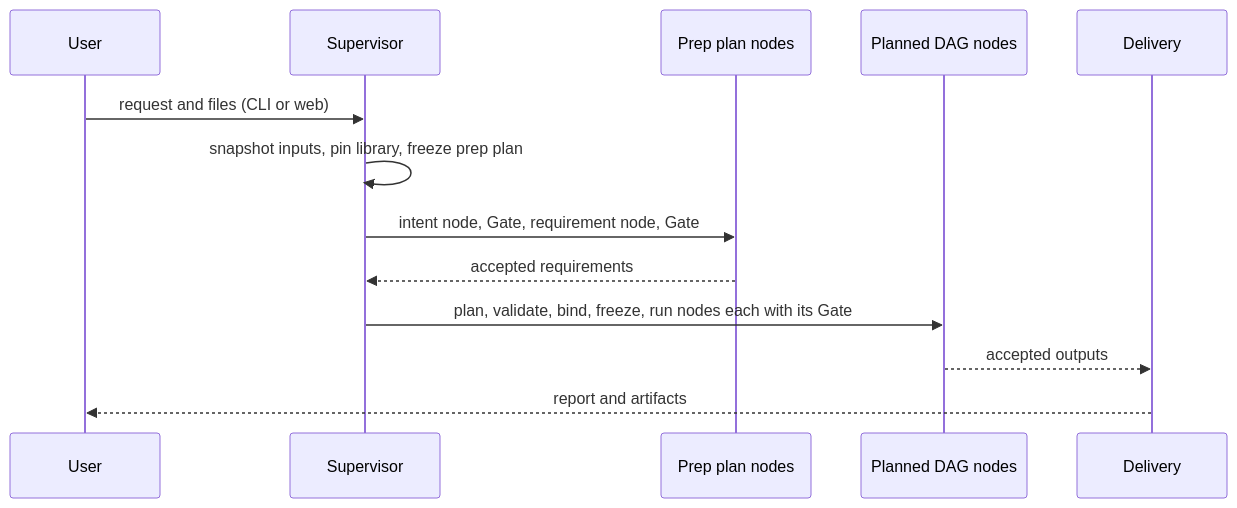
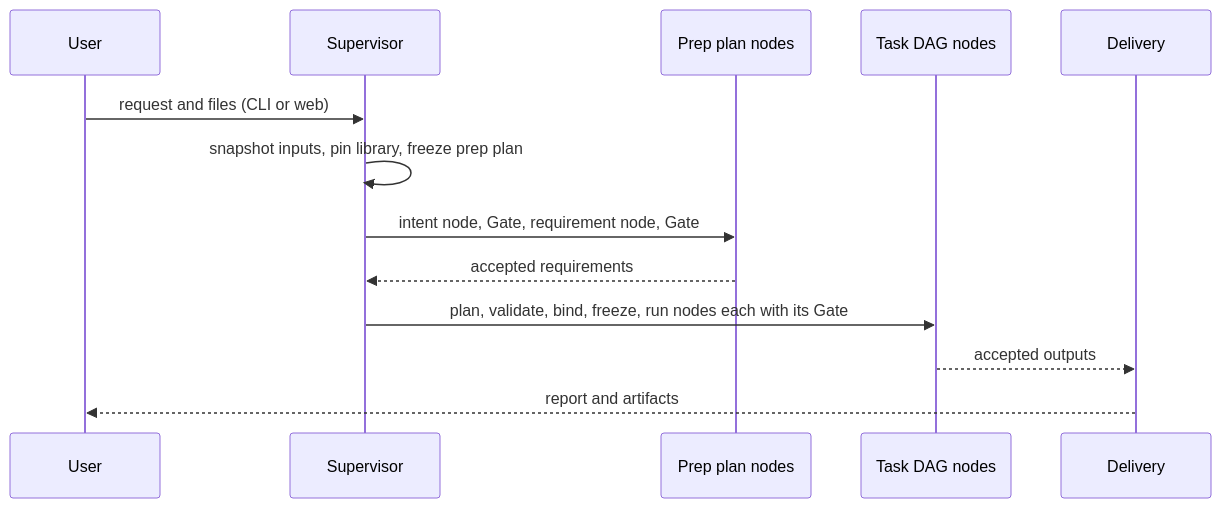
Before and after one commit to Stellven/jiuwenswarm: the first of 10 diagrams in docs/architecture/stories.md, drawn with Mermaid. The commit also changed other lines of this file and 36 other files, not shown here.

Commit message:
Preserve architecture library before intent-led simplification

````diff
--- a/docs/architecture/stories.md
+++ b/docs/architecture/stories.md
@@ -57,15 +57,15 @@
 ```mermaid
 sequenceDiagram
   participant U as User
   participant S as Supervisor
   participant P as Prep plan nodes
-  participant D as Planned DAG nodes
+  participant D as Task DAG nodes
   participant L as Delivery
   U->>S: request and files (CLI or web)
   S->>S: snapshot inputs, pin library, freeze prep plan
   S->>P: intent node, Gate, requirement node, Gate
   P-->>S: accepted requirements
   S->>D: plan, validate, bind, freeze, run nodes each with its Gate
   D-->>L: accepted outputs
   L-->>U: report and artifacts
 ```
````
